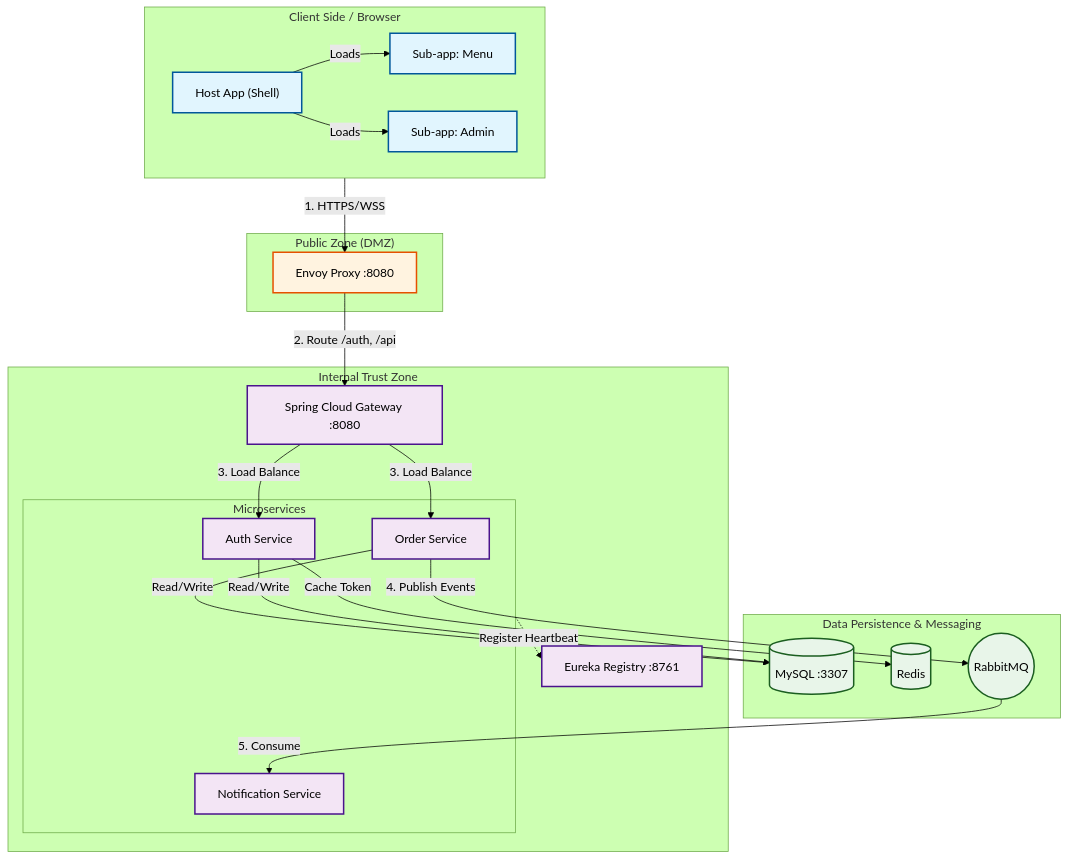
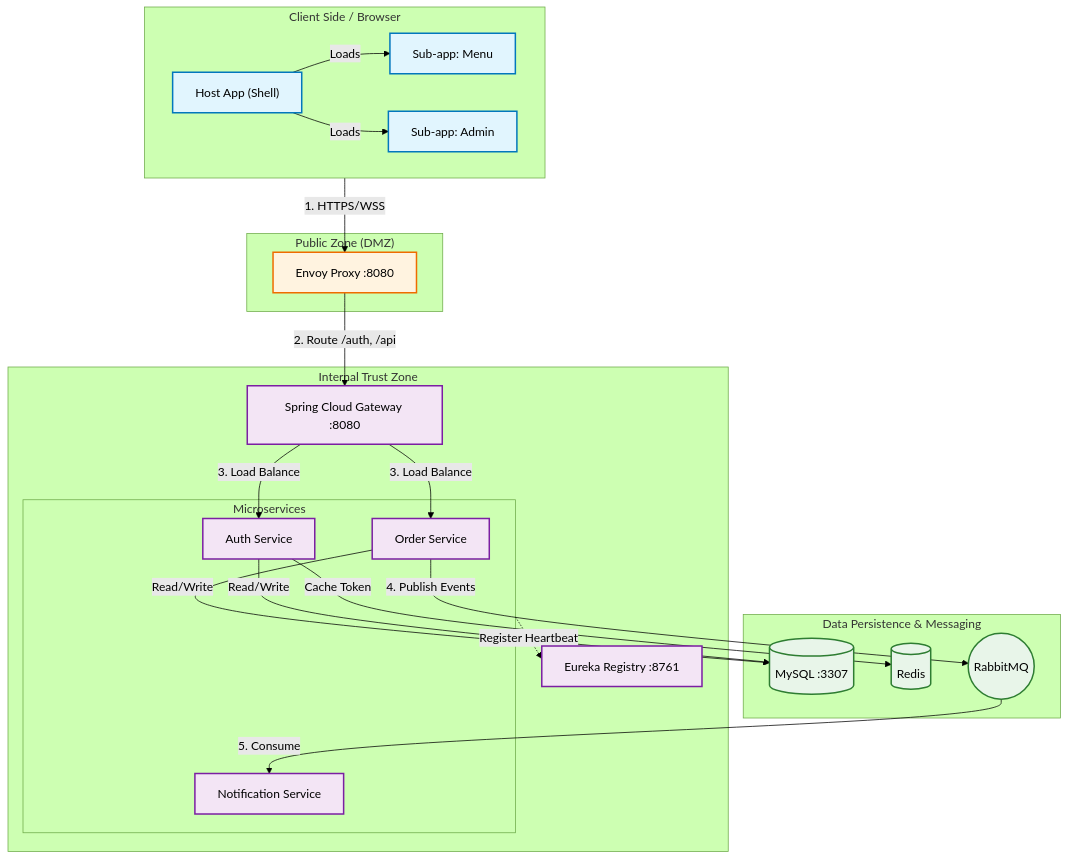
The first of 2 diagrams in SYSTEM_DESIGN.md (itshard2name-gmail/mini-restaurant-app), drawn with Mermaid (forest theme) before and after one commit.

Commit message:
style(docs): improve contrast in mermaid diagrams

````diff
--- a/SYSTEM_DESIGN.md
+++ b/SYSTEM_DESIGN.md
@@ -24,63 +24,63 @@
 ```mermaid
 graph TD
     %% Frontend Layer
     subgraph Client_Side ["Client Side / Browser"]
         Host["Host App (Shell)"]
         Menu["Sub-app: Menu"]
         Admin["Sub-app: Admin"]
         Host -->|Loads| Menu
         Host -->|Loads| Admin
     end
 
     %% Edge Layer
     subgraph DMZ ["Public Zone (DMZ)"]
         Envoy["Envoy Proxy :8080"]
     end
 
     %% Backend Layer
     subgraph Internal_Zone ["Internal Trust Zone"]
         Gateway["Spring Cloud Gateway :8080"]
         Eureka["Eureka Registry :8761"]
         
         subgraph Services ["Microservices"]
             Auth["Auth Service"]
             Order["Order Service"]
             Notif["Notification Service"]
         end
     end
 
     %% Data Layer
     subgraph Data_Layer ["Data Persistence & Messaging"]
         MySQL[("MySQL :3307")]
         Redis[("Redis")]
         RabbitMQ(("RabbitMQ"))
     end
 
     %% Connections
     Client_Side -->|"1. HTTPS/WSS"| Envoy
     Envoy -->|"2. Route /auth, /api"| Gateway
     Gateway -->|"3. Load Balance"| Auth
     Gateway -->|"3. Load Balance"| Order
     
     Auth -->|"Read/Write"| MySQL
     Auth -->|"Cache Token"| Redis
     
     Order -->|"Read/Write"| MySQL
     Order -->|"4. Publish Events"| RabbitMQ
     
     RabbitMQ -->|"5. Consume"| Notif
     
     %% Service Discovery
     Services -.->|"Register Heartbeat"| Eureka
 
     %% Styling
-    classDef client fill:#e1f5fe,stroke:#01579b,stroke-width:2px;
-    classDef dmz fill:#fff3e0,stroke:#e65100,stroke-width:2px;
-    classDef internal fill:#f3e5f5,stroke:#4a148c,stroke-width:2px;
-    classDef data fill:#e8f5e9,stroke:#1b5e20,stroke-width:2px;
+    classDef client fill:#e1f5fe,stroke:#0277bd,stroke-width:2px,color:#000000;
+    classDef dmz fill:#fff3e0,stroke:#ef6c00,stroke-width:2px,color:#000000;
+    classDef internal fill:#f3e5f5,stroke:#7b1fa2,stroke-width:2px,color:#000000;
+    classDef data fill:#e8f5e9,stroke:#2e7d32,stroke-width:2px,color:#000000;
     
     class Host,Menu,Admin client;
     class Envoy dmz;
     class Gateway,Eureka,Auth,Order,Notif internal;
     class MySQL,Redis,RabbitMQ data;
 ```
````
